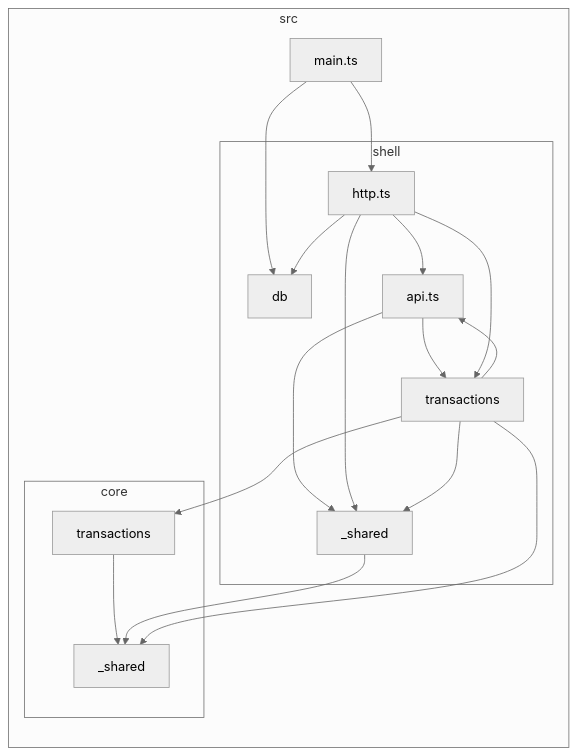
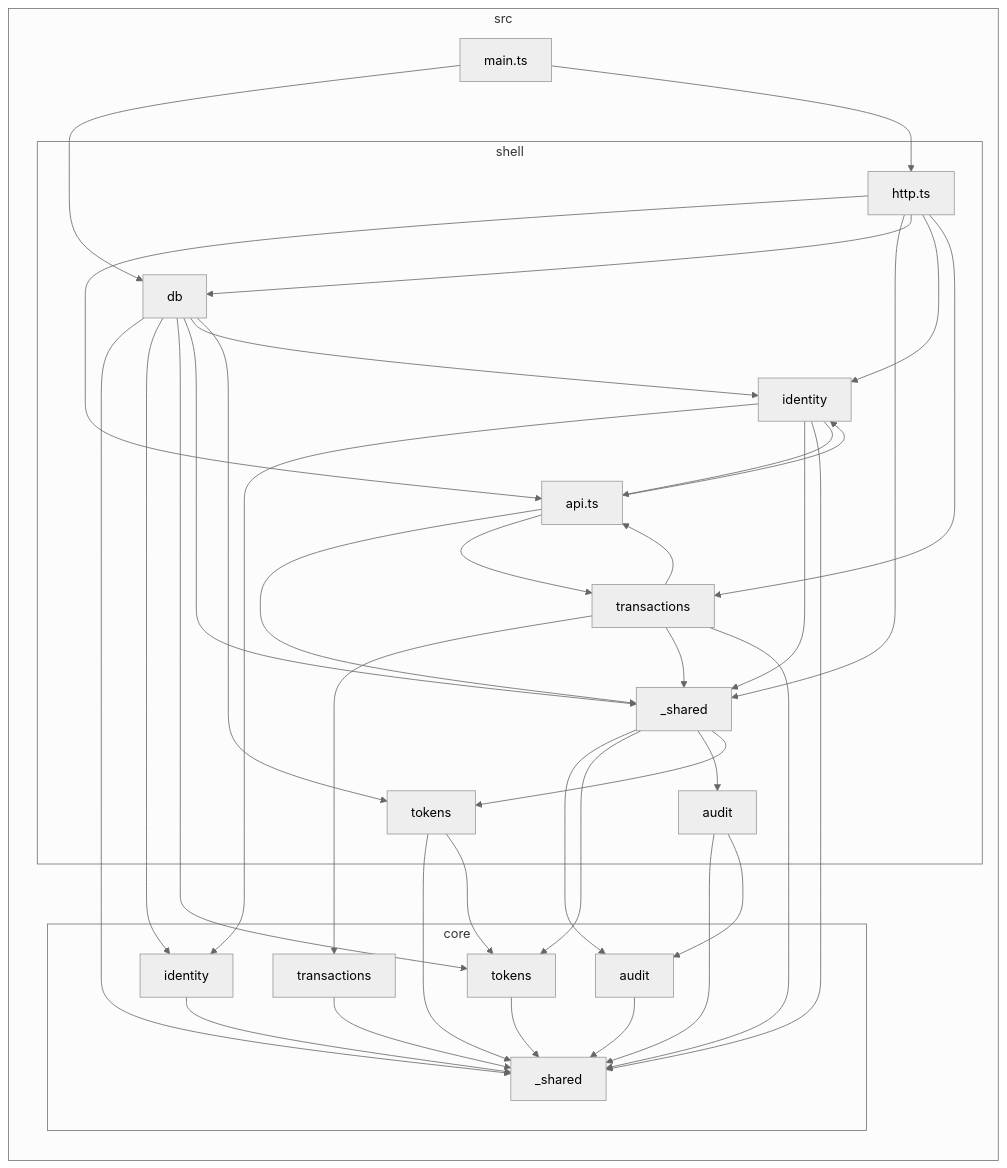
Before and after one commit to B4rz99/fidy-ai: the diagram in ARCHITECTURE.md, drawn with Mermaid (neutral theme). The commit also changed other lines of this file and 47 other files, not shown here.

First line of the commit message:
feat(api): add scoped agent identity

````diff
--- a/ARCHITECTURE.md
+++ b/ARCHITECTURE.md
@@ -45,32 +45,60 @@
 ```mermaid
 flowchart LR
 
 subgraph src["src"]
   subgraph src_core["core"]
     src_core__shared["_shared"]
+    src_core_audit["audit"]
+    src_core_identity["identity"]
+    src_core_tokens["tokens"]
     src_core_transactions["transactions"]
   end
   src_main_ts["main.ts"]
   subgraph src_shell["shell"]
     src_shell__shared["_shared"]
     src_shell_api_ts["api.ts"]
+    src_shell_audit["audit"]
     src_shell_db["db"]
     src_shell_http_ts["http.ts"]
+    src_shell_identity["identity"]
+    src_shell_tokens["tokens"]
     src_shell_transactions["transactions"]
   end
 end
+src_core_audit-->src_core__shared
+src_core_identity-->src_core__shared
+src_core_tokens-->src_core__shared
 src_core_transactions-->src_core__shared
 src_main_ts-->src_shell_db
 src_main_ts-->src_shell_http_ts
-src_shell__shared-->src_core__shared
+src_shell__shared-->src_core_audit
+src_shell__shared-->src_core_tokens
+src_shell__shared-->src_shell_audit
+src_shell__shared-->src_shell_tokens
 src_shell_api_ts-->src_shell__shared
+src_shell_api_ts-->src_shell_identity
 src_shell_api_ts-->src_shell_transactions
+src_shell_audit-->src_core__shared
+src_shell_audit-->src_core_audit
+src_shell_db-->src_core__shared
+src_shell_db-->src_core_identity
+src_shell_db-->src_core_tokens
+src_shell_db-->src_shell__shared
+src_shell_db-->src_shell_identity
+src_shell_db-->src_shell_tokens
 src_shell_http_ts-->src_shell_api_ts
 src_shell_http_ts-->src_shell__shared
 src_shell_http_ts-->src_shell_db
+src_shell_http_ts-->src_shell_identity
 src_shell_http_ts-->src_shell_transactions
+src_shell_identity-->src_core_identity
+src_shell_identity-->src_shell__shared
+src_shell_identity-->src_core__shared
+src_shell_identity-->src_shell_api_ts
+src_shell_tokens-->src_core__shared
+src_shell_tokens-->src_core_tokens
 src_shell_transactions-->src_core_transactions
 src_shell_transactions-->src_shell__shared
 src_shell_transactions-->src_shell_api_ts
 src_shell_transactions-->src_core__shared
 ```
````
